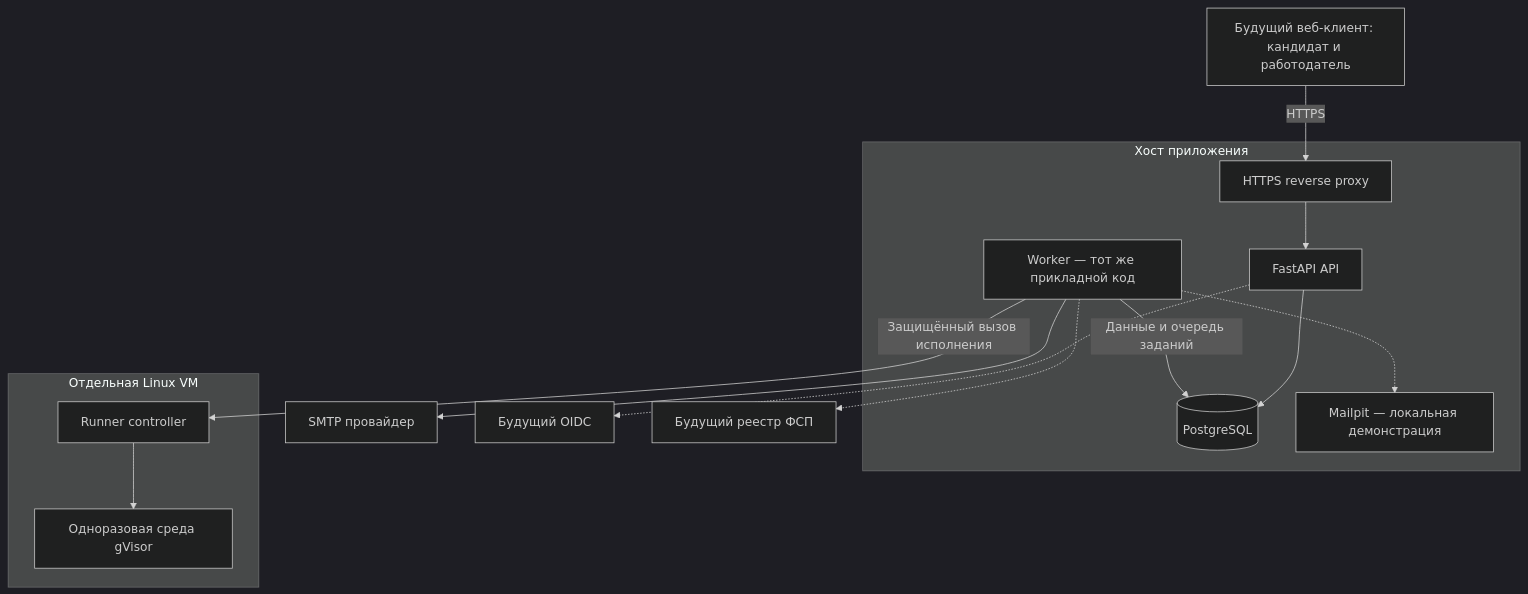
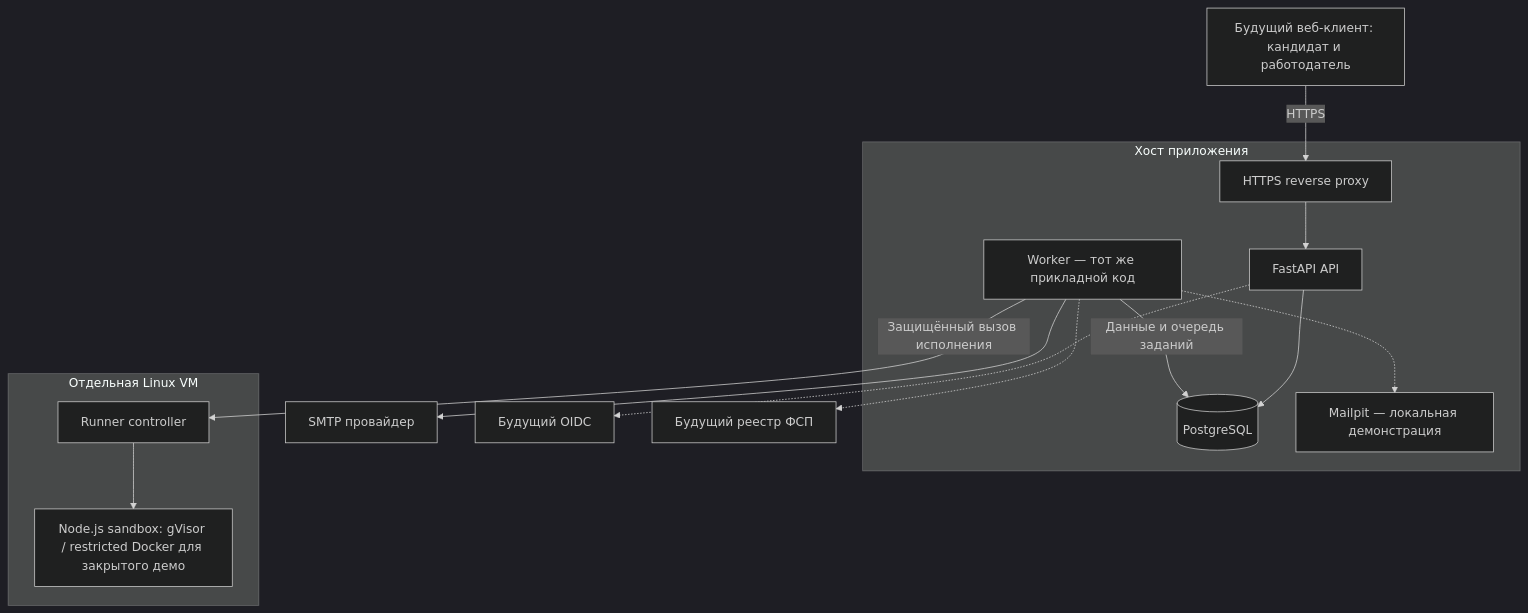
One commit to Lexxar91/aggratech- changed the second of 3 diagrams in docs/05_architecture.md. Above: the diagram before and after it, drawn with Mermaid (dark theme). The commit also changed other lines of this file and 4 other files, not shown here.

````diff
--- a/docs/05_architecture.md
+++ b/docs/05_architecture.md
@@ -247,32 +254,32 @@
 ```mermaid
 flowchart TB
     Web["Будущий веб-клиент: кандидат и работодатель"]
 
     subgraph AppHost["Хост приложения"]
         Proxy["HTTPS reverse proxy"]
         API["FastAPI API"]
         Worker["Worker — тот же прикладной код"]
         DB[("PostgreSQL")]
         Mailpit["Mailpit — локальная демонстрация"]
     end
 
     subgraph RunnerHost["Отдельная Linux VM"]
         Controller["Runner controller"]
-        Sandbox["Одноразовая среда gVisor"]
+        Sandbox["Node.js sandbox: gVisor / restricted Docker для закрытого демо"]
     end
 
     SMTP["SMTP провайдер"]
     OIDC["Будущий OIDC"]
     FSP["Будущий реестр ФСП"]
 
     Web -->|"HTTPS"| Proxy
     Proxy --> API
     API --> DB
     Worker -->|"Данные и очередь заданий"| DB
     Worker -->|"Защищённый вызов исполнения"| Controller
     Controller --> Sandbox
     Worker --> SMTP
     Worker -.-> Mailpit
     API -.-> OIDC
     Worker -.-> FSP
 ```
````
